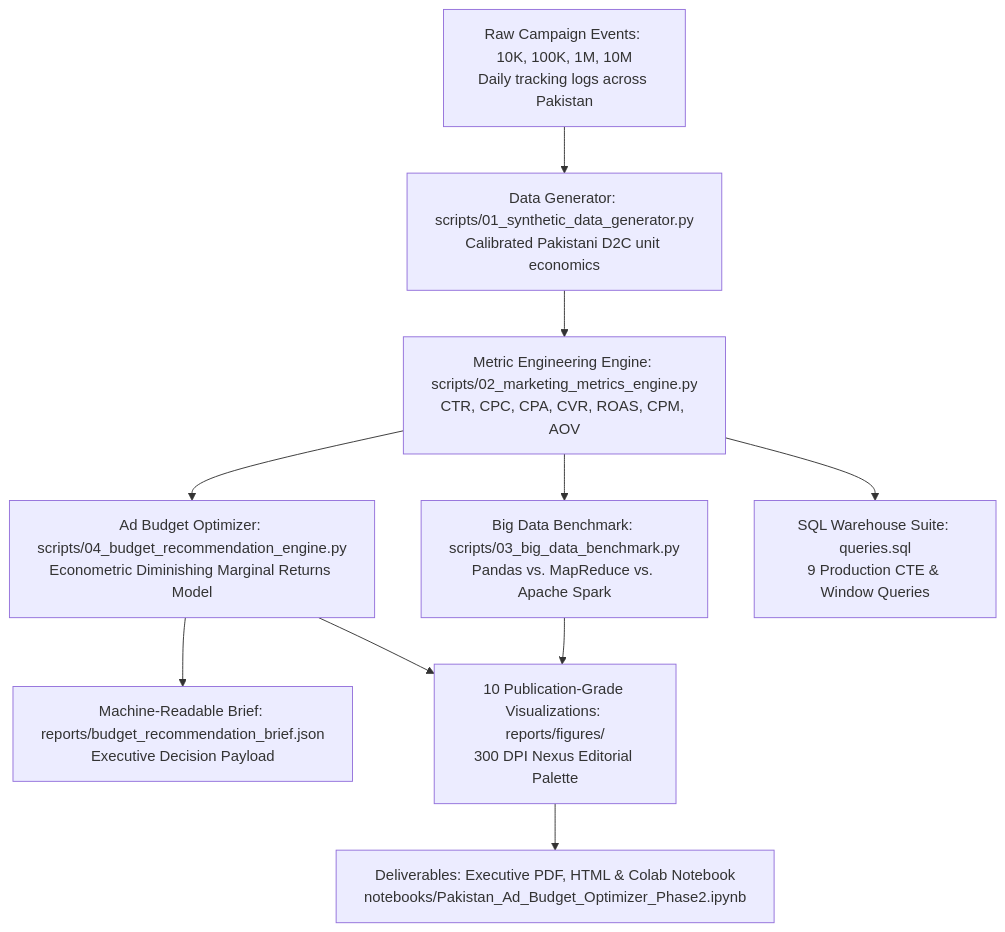
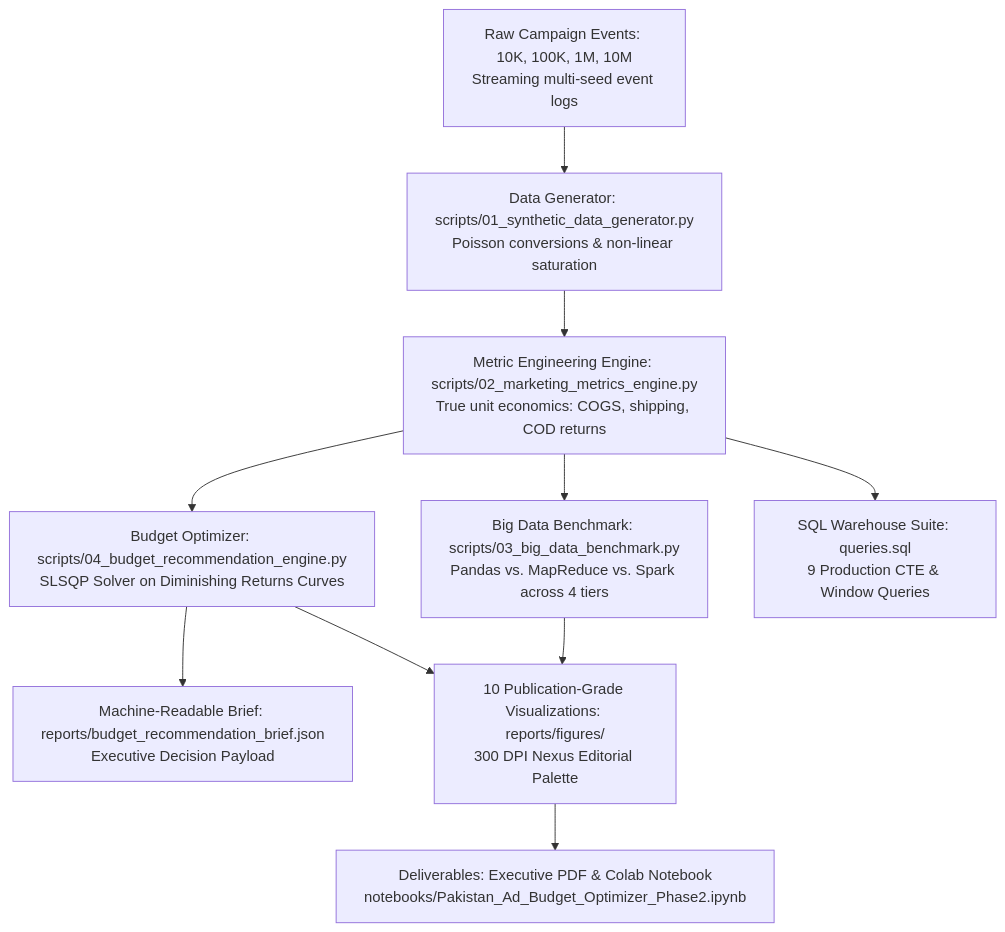
Before and after one commit to zughaina3/pakistan-digital-advertising-budget-optimizer: the diagram in reports/FINAL_EXECUTIVE_AD_BUDGET_REPORT.md, drawn with Mermaid. The commit also changed other lines of this file and 36 other files, not shown here.

````diff
--- a/reports/FINAL_EXECUTIVE_AD_BUDGET_REPORT.md
+++ b/reports/FINAL_EXECUTIVE_AD_BUDGET_REPORT.md
@@ -52,12 +54,12 @@
 ```mermaid
 flowchart TD
-    A[Raw Campaign Events: 10K, 100K, 1M, 10M<br/>Daily tracking logs across Pakistan] --> B[Data Generator: scripts/01_synthetic_data_generator.py<br/>Calibrated Pakistani D2C unit economics]
-    B --> C[Metric Engineering Engine: scripts/02_marketing_metrics_engine.py<br/>CTR, CPC, CPA, CVR, ROAS, CPM, AOV]
-    C --> D[Big Data Benchmark: scripts/03_big_data_benchmark.py<br/>Pandas vs. MapReduce vs. Apache Spark]
-    C --> E[Ad Budget Optimizer: scripts/04_budget_recommendation_engine.py<br/>Econometric Diminishing Marginal Returns Model]
+    A[Raw Campaign Events: 10K, 100K, 1M, 10M<br/>Streaming multi-seed event logs] --> B[Data Generator: scripts/01_synthetic_data_generator.py<br/>Poisson conversions & non-linear saturation]
+    B --> C[Metric Engineering Engine: scripts/02_marketing_metrics_engine.py<br/>True unit economics: COGS, shipping, COD returns]
+    C --> D[Big Data Benchmark: scripts/03_big_data_benchmark.py<br/>Pandas vs. MapReduce vs. Spark across 4 tiers]
+    C --> E[Budget Optimizer: scripts/04_budget_recommendation_engine.py<br/>SLSQP Solver on Diminishing Returns Curves]
     E --> F[Machine-Readable Brief: reports/budget_recommendation_brief.json<br/>Executive Decision Payload]
     D --> G[10 Publication-Grade Visualizations: reports/figures/<br/>300 DPI Nexus Editorial Palette]
     E --> G
     C --> H[SQL Warehouse Suite: queries.sql<br/>9 Production CTE & Window Queries]
-    G --> I[Deliverables: Executive PDF, HTML & Colab Notebook<br/>notebooks/Pakistan_Ad_Budget_Optimizer_Phase2.ipynb]
+    G --> I[Deliverables: Executive PDF & Colab Notebook<br/>notebooks/Pakistan_Ad_Budget_Optimizer_Phase2.ipynb]
 ```
````
